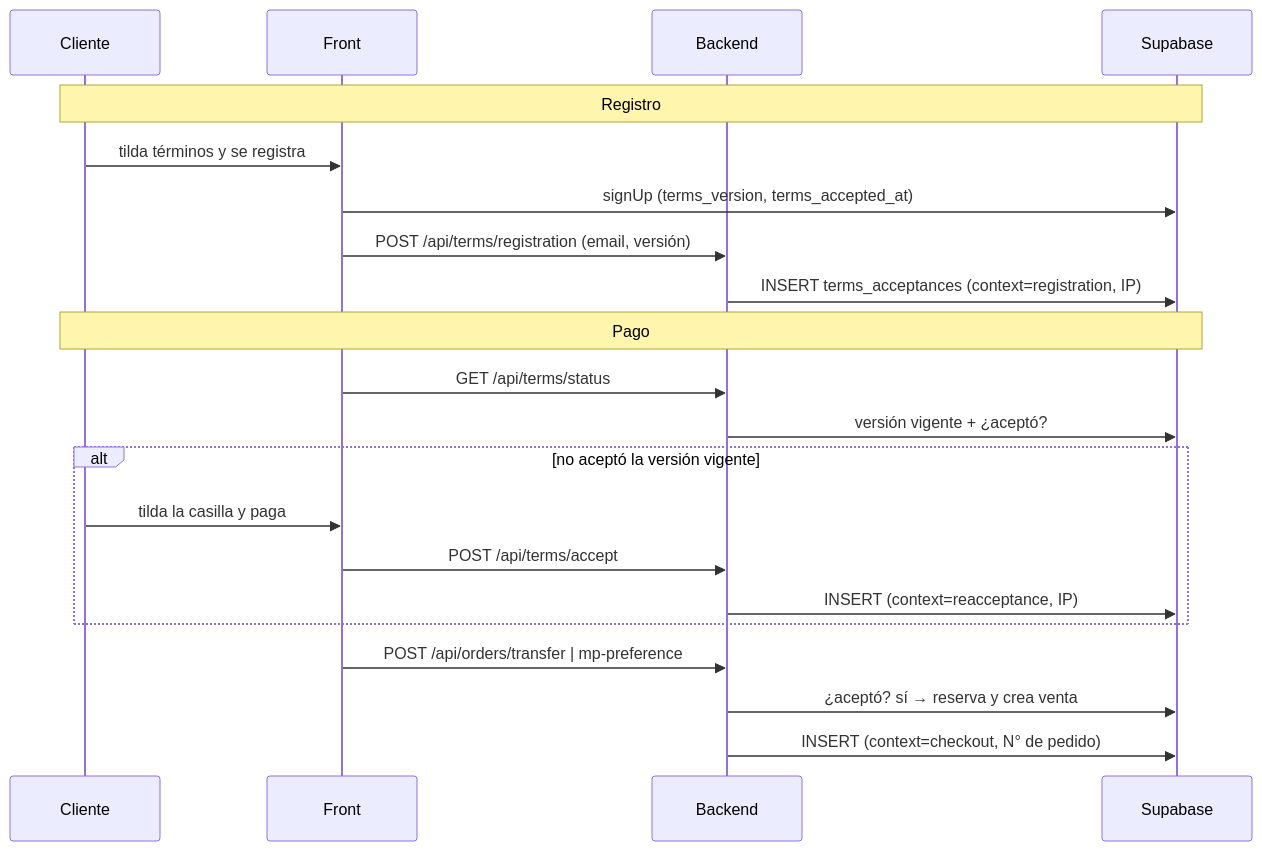
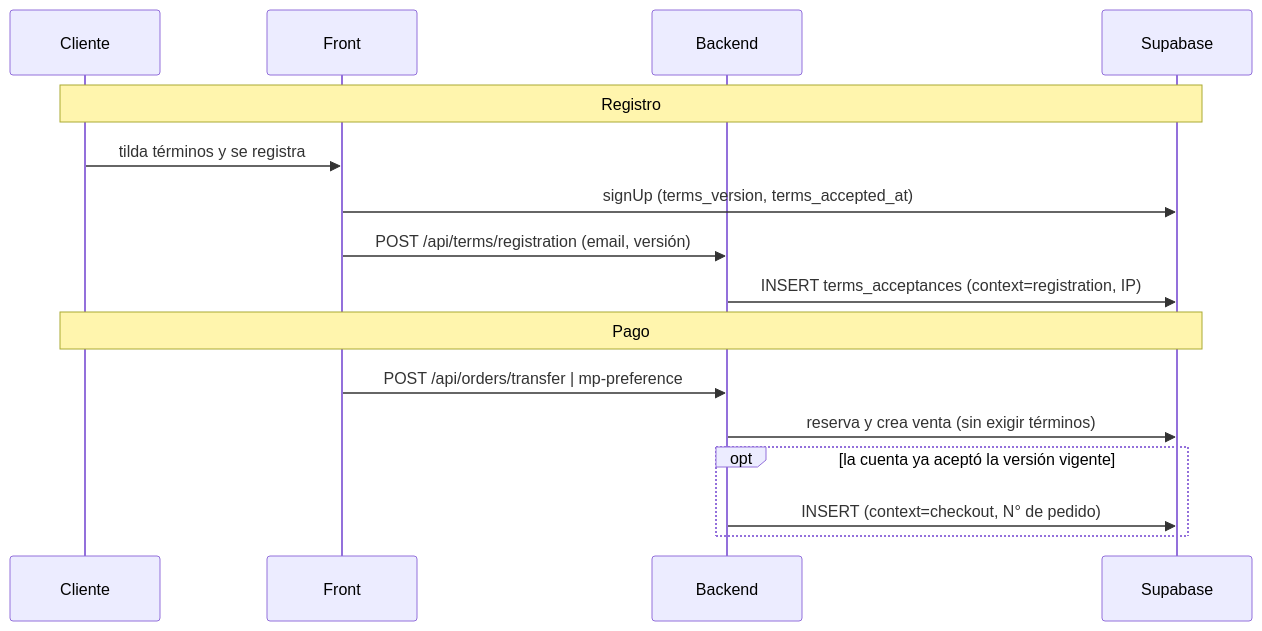
One commit to B-ayala/LIA-BACK changed the diagram in docs/flows/flow-aceptacion-terminos.md. Above: the diagram before and after it, drawn with Mermaid. The commit also changed other lines of this file and 63 other files, not shown here.

````diff
--- a/docs/flows/flow-aceptacion-terminos.md
+++ b/docs/flows/flow-aceptacion-terminos.md
@@ -38,23 +36,18 @@
 ```mermaid
 sequenceDiagram
   participant C as Cliente
   participant F as Front
   participant B as Backend
   participant S as Supabase
   Note over C,S: Registro
   C->>F: tilda términos y se registra
   F->>S: signUp (terms_version, terms_accepted_at)
   F->>B: POST /api/terms/registration (email, versión)
   B->>S: INSERT terms_acceptances (context=registration, IP)
   Note over C,S: Pago
-  F->>B: GET /api/terms/status
-  B->>S: versión vigente + ¿aceptó?
-  alt no aceptó la versión vigente
-    C->>F: tilda la casilla y paga
-    F->>B: POST /api/terms/accept
-    B->>S: INSERT (context=reacceptance, IP)
+  F->>B: POST /api/orders/transfer | mp-preference
+  B->>S: reserva y crea venta (sin exigir términos)
+  opt la cuenta ya aceptó la versión vigente
+    B->>S: INSERT (context=checkout, N° de pedido)
   end
-  F->>B: POST /api/orders/transfer | mp-preference
-  B->>S: ¿aceptó? sí → reserva y crea venta
-  B->>S: INSERT (context=checkout, N° de pedido)
 ```
````
